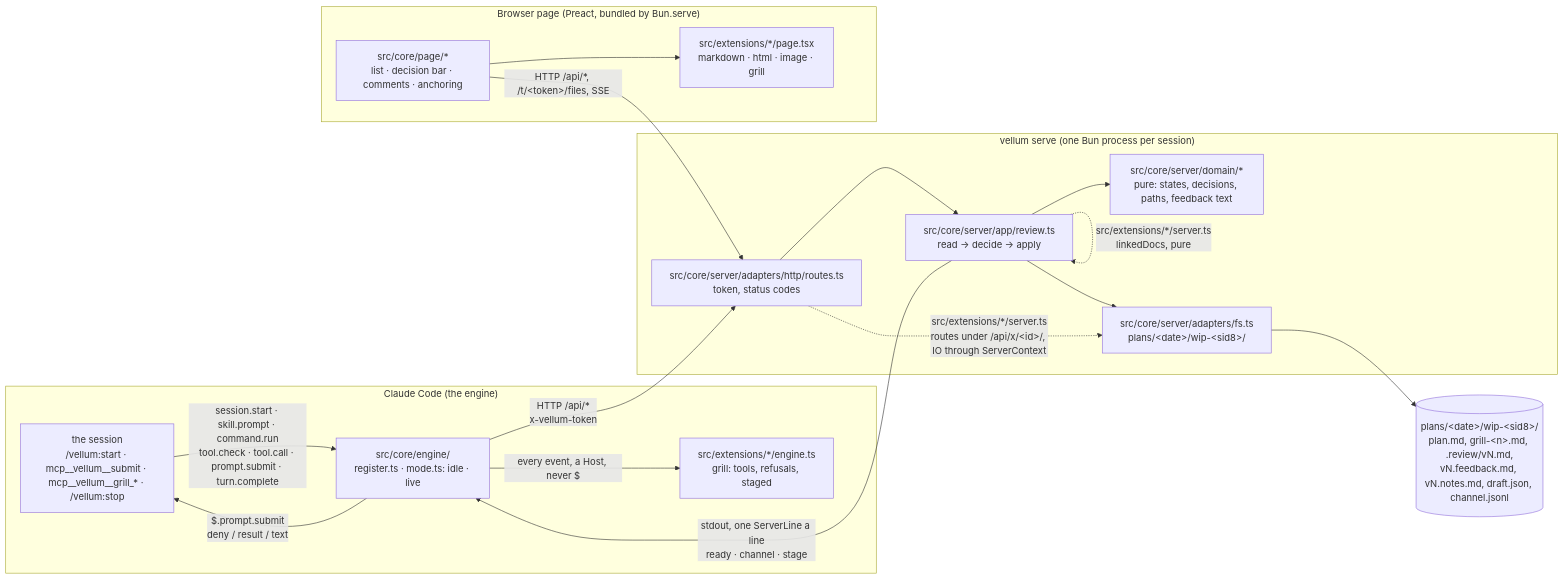
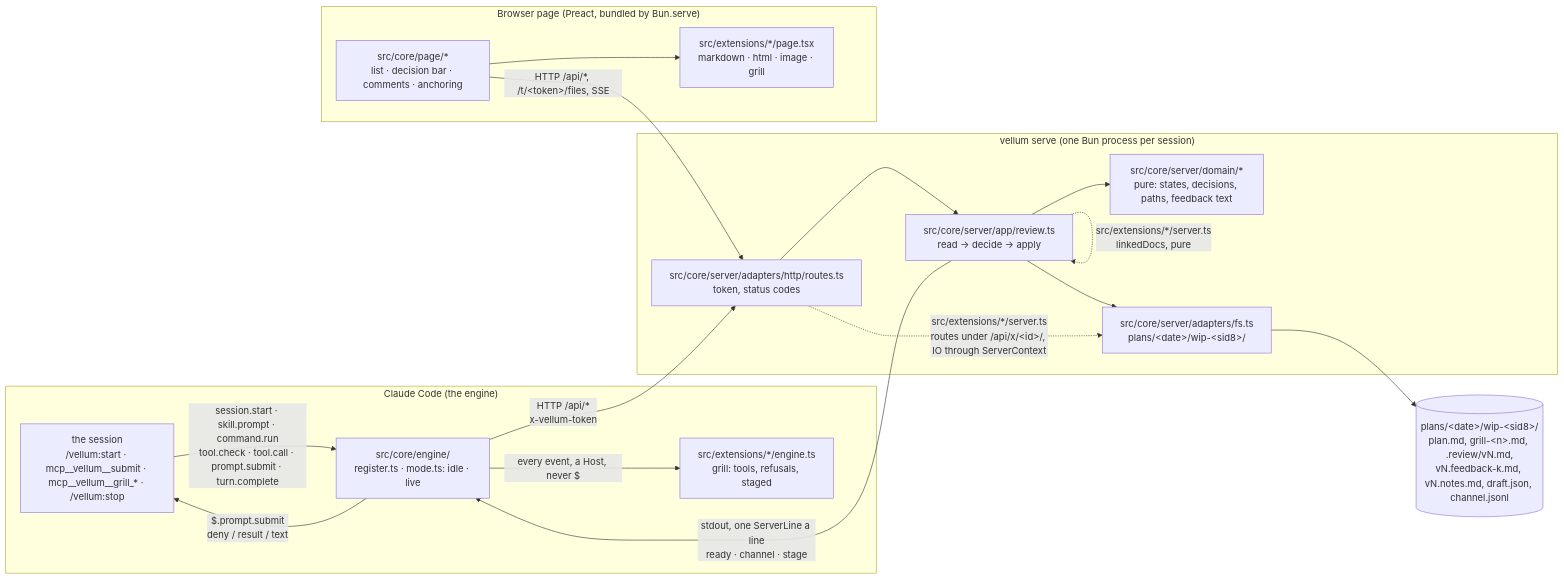
One commit to bengous/claude-code-plugins changed the first of 5 diagrams in vellum/docs/architecture.md. Above: the diagram before and after it, drawn with Mermaid. The commit also changed other lines of this file and 70 other files, not shown here.

First line of the commit message:
feat(vellum): one draft, one Send: batches that lock nothing, no answer preselected, and a grill_ask that waits for the Send (#227)

````diff
--- a/vellum/docs/architecture.md
+++ b/vellum/docs/architecture.md
@@ -11,31 +11,31 @@
 ```mermaid
 flowchart LR
   subgraph engine["Claude Code (the engine)"]
     CC["the session<br/>/vellum:start · mcp__vellum__submit · mcp__vellum__grill_* · /vellum:stop"]
     M["src/core/engine/<br/>register.ts · mode.ts: idle · live"]
     E["src/extensions/*/engine.ts<br/>grill: tools, refusals, staged"]
     CC -- "session.start · skill.prompt · command.run<br/>tool.check · tool.call · prompt.submit · turn.complete" --> M
     M -- "$.prompt.submit<br/>deny / result / text" --> CC
     M -- "every event, a Host, never $" --> E
   end
   subgraph server["vellum serve (one Bun process per session)"]
     R["src/core/server/adapters/http/routes.ts<br/>token, status codes"]
     A["src/core/server/app/review.ts<br/>read → decide → apply"]
     T["src/core/server/domain/*<br/>pure: states, decisions, paths, feedback text"]
     W["src/core/server/adapters/fs.ts<br/>plans/&lt;date&gt;/wip-&lt;sid8&gt;/"]
     R --> A --> T
     A --> W
   end
   subgraph page["Browser page (Preact, bundled by Bun.serve)"]
     U["src/core/page/*<br/>list · decision bar · comments · anchoring"]
     P["src/extensions/*/page.tsx<br/>markdown · html · image · grill"]
     U --> P
   end
   M -- "HTTP /api/*<br/>x-vellum-token" --> R
   A -- "stdout, one ServerLine a line<br/>ready · channel · stage" --> M
   U -- "HTTP /api/*, /t/&lt;token&gt;/files, SSE" --> R
   A -. "src/extensions/*/server.ts<br/>linkedDocs, pure" .-> A
   R -. "src/extensions/*/server.ts<br/>routes under /api/x/&lt;id&gt;/, IO through ServerContext" .-> W
-  F[("plans/&lt;date&gt;/wip-&lt;sid8&gt;/<br/>plan.md, grill-&lt;n&gt;.md, .review/vN.md,<br/>vN.feedback.md, vN.notes.md, draft.json, channel.jsonl")]
+  F[("plans/&lt;date&gt;/wip-&lt;sid8&gt;/<br/>plan.md, grill-&lt;n&gt;.md, .review/vN.md,<br/>vN.feedback-k.md, vN.notes.md, draft.json, channel.jsonl")]
   W --> F
 ```
````
